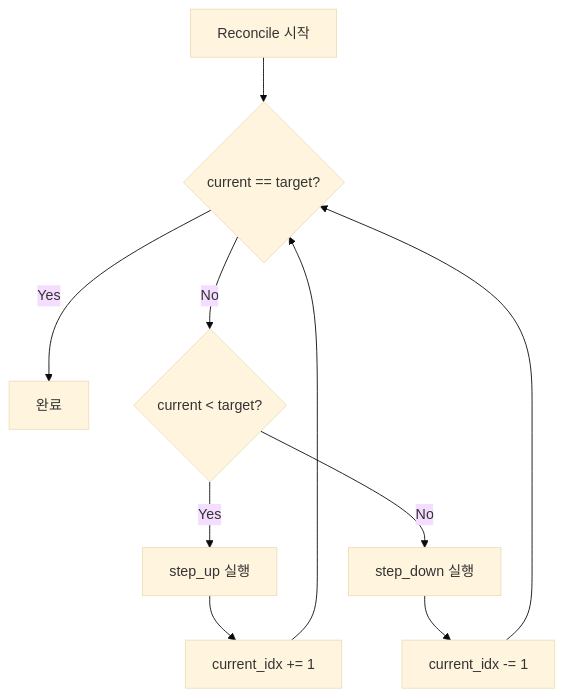
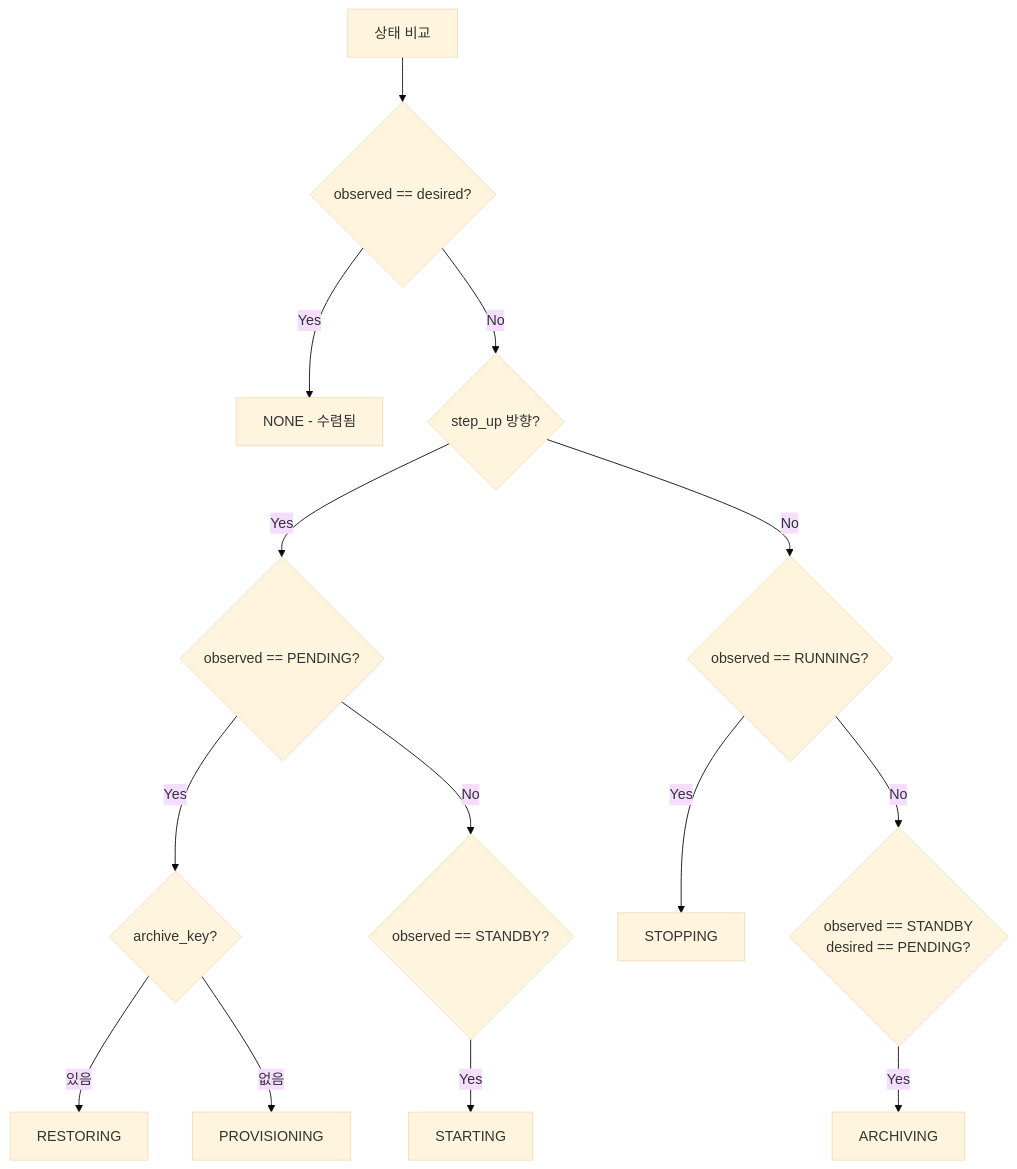
Before and after one commit to cagojeiger/code-hub: the third of 7 diagrams in docs/adr/008-ordered-state-machine.md, drawn with Mermaid (base theme). The commit also changed other lines of this file and 11 other files, not shown here.

````diff
--- a/docs/adr/008-ordered-state-machine.md
+++ b/docs/adr/008-ordered-state-machine.md
@@ -159,12 +198,19 @@
 ```mermaid
 flowchart TD
-    A[Reconcile 시작] --> B{current == target?}
-    B -->|Yes| C[완료]
-    B -->|No| D{current < target?}
-    D -->|Yes| E[step_up 실행]
-    D -->|No| F[step_down 실행]
-    E --> G[current_idx += 1]
-    F --> H[current_idx -= 1]
-    G --> B
-    H --> B
+    A[상태 비교] --> B{observed == desired?}
+    B -->|Yes| C[NONE - 수렴됨]
+    B -->|No| D{step_up 방향?}
+    D -->|Yes| E{observed == PENDING?}
+    D -->|No| F{observed == RUNNING?}
+
+    E -->|Yes| G{archive_key?}
+    G -->|있음| H[RESTORING]
+    G -->|없음| I[PROVISIONING]
+
+    E -->|No| J{observed == STANDBY?}
+    J -->|Yes| K[STARTING]
+
+    F -->|Yes| L[STOPPING]
+    F -->|No| M{observed == STANDBY<br/>desired == PENDING?}
+    M -->|Yes| N[ARCHIVING]
 ```
````
